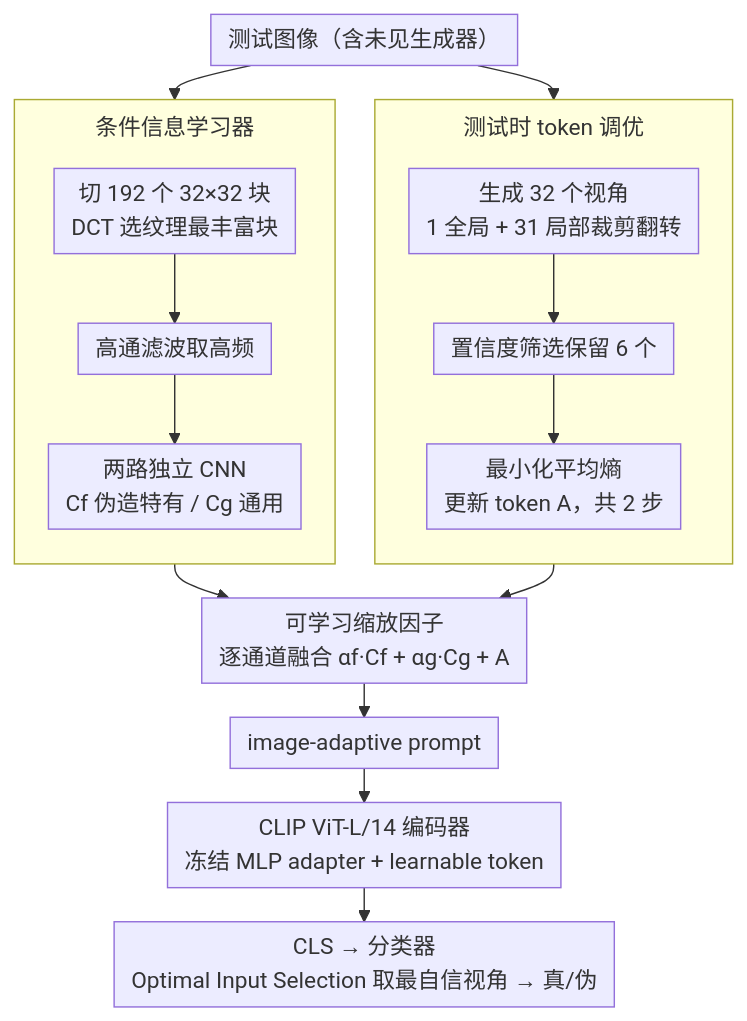
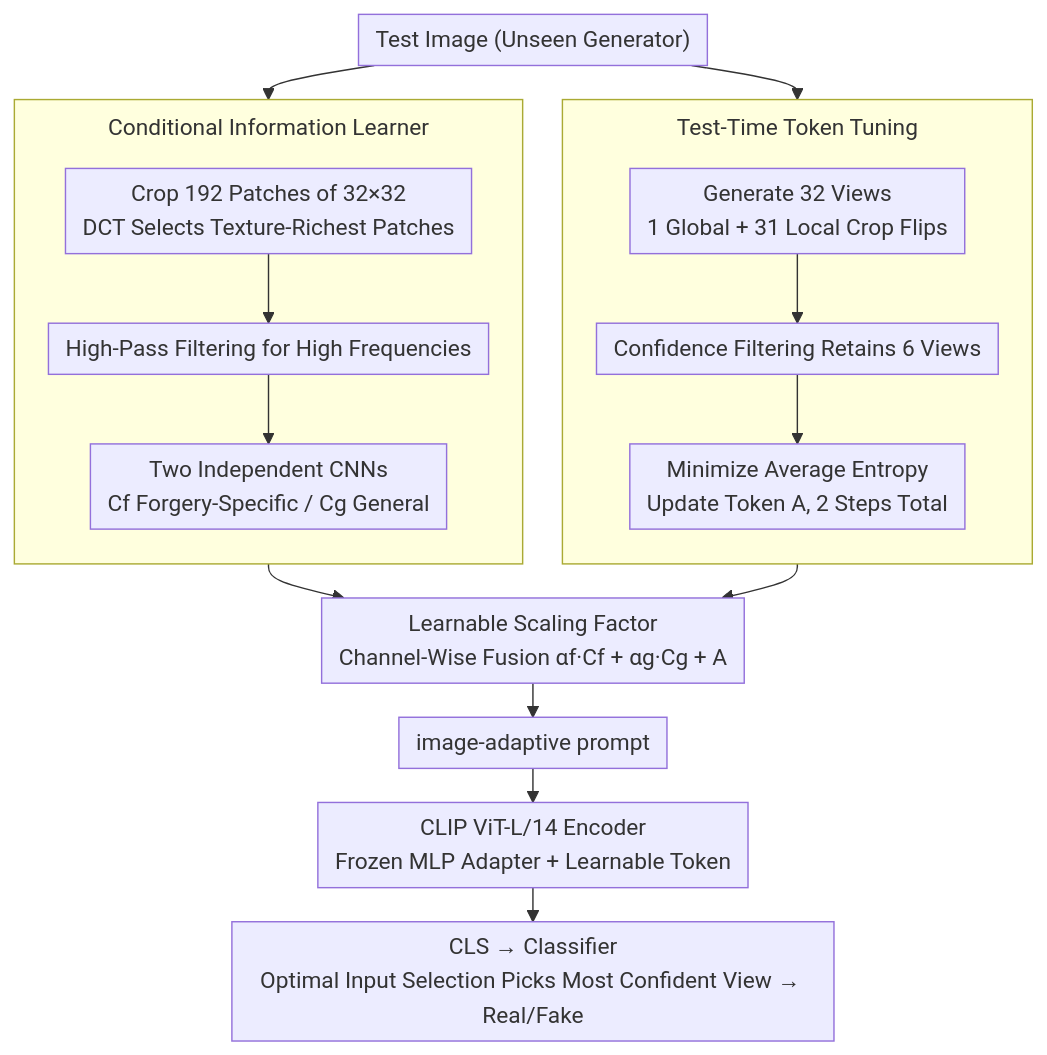
Before and after one commit to zhaoyang97/Paper-Notes-en: the diagram in docs/CVPR2026/model_compression/towards_generalizable_ai-generated_image_detection_via_image-adaptive_prompt_lea.md, drawn with Mermaid. The commit also changed 644 other files, not shown here.

````diff
--- a/docs/CVPR2026/model_compression/towards_generalizable_ai-generated_image_detection_via_image-adaptive_prompt_lea.md
+++ b/docs/CVPR2026/model_compression/towards_generalizable_ai-generated_image_detection_via_image-adaptive_prompt_lea.md
@@ -52,22 +52,22 @@
 ```mermaid
 %%{init: {'flowchart': {'rankSpacing': 24, 'nodeSpacing': 28, 'padding': 6, 'wrappingWidth': 400, 'subGraphTitleMargin': {'top': 8, 'bottom': 16}}}}%%
 flowchart TD
-    IMG["测试图像（含未见生成器）"]
-    subgraph TTT["测试时 token 调优"]
+    IMG["Test Image (Unseen Generator)"]
+    subgraph TTT["Test-Time Token Tuning"]
         direction TB
-        V["生成 32 个视角<br/>1 全局 + 31 局部裁剪翻转"] --> SEL["置信度筛选保留 6 个"]
-        SEL --> ENT["最小化平均熵<br/>更新 token A，共 2 步"]
+        V["Generate 32 Views<br/>1 Global + 31 Local Crop Flips"] --> SEL["Confidence Filtering Retains 6 Views"]
+        SEL --> ENT["Minimize Average Entropy<br/>Update Token A, 2 Steps Total"]
     end
-    subgraph CIL["条件信息学习器"]
+    subgraph CIL["Conditional Information Learner"]
         direction TB
-        PT["切 192 个 32×32 块<br/>DCT 选纹理最丰富块"] --> HP["高通滤波取高频"]
-        HP --> CNN["两路独立 CNN<br/>Cf 伪造特有 / Cg 通用"]
+        PT["Crop 192 Patches of 32×32<br/>DCT Selects Texture-Richest Patches"] --> HP["High-Pass Filtering for High Frequencies"]
+        HP --> CNN["Two Independent CNNs<br/>Cf Forgery-Specific / Cg General"]
     end
     IMG --> TTT
     IMG --> CIL
-    ENT --> SF["可学习缩放因子<br/>逐通道融合 αf·Cf + αg·Cg + A"]
+    ENT --> SF["Learnable Scaling Factor<br/>Channel-Wise Fusion αf·Cf + αg·Cg + A"]
     CNN --> SF
     SF --> PR["image-adaptive prompt"]
-    PR --> CLIP["CLIP ViT-L/14 编码器<br/>冻结 MLP adapter + learnable token"]
-    CLIP --> OUT["CLS → 分类器<br/>Optimal Input Selection 取最自信视角 → 真/伪"]
+    PR --> CLIP["CLIP ViT-L/14 Encoder<br/>Frozen MLP Adapter + Learnable Token"]
+    CLIP --> OUT["CLS → Classifier<br/>Optimal Input Selection Picks Most Confident View → Real/Fake"]
 ```
````
